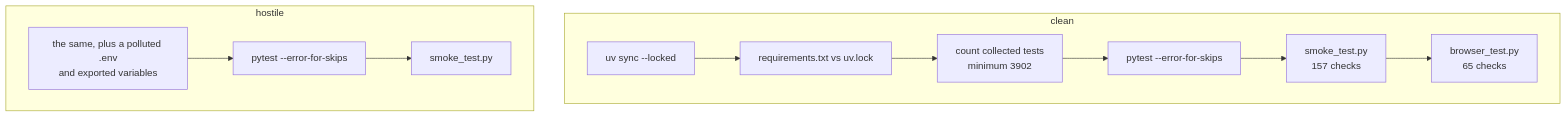
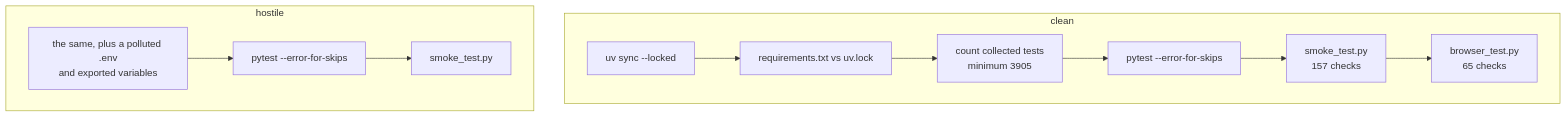
One commit to IAMN1/link-shortener changed the diagram in docs/testing.md. Above: the diagram before and after it, drawn with Mermaid. The commit also changed other lines of this file and 7 other files, not shown here.

````diff
--- a/docs/testing.md
+++ b/docs/testing.md
@@ -409,12 +409,12 @@
 ```mermaid
 flowchart TD
     subgraph clean["clean"]
         C1[uv sync --locked] --> C2[requirements.txt vs uv.lock]
-        C2 --> C3[count collected tests<br/>minimum 3902] --> C4[pytest --error-for-skips]
+        C2 --> C3[count collected tests<br/>minimum 3905] --> C4[pytest --error-for-skips]
         C4 --> C5[smoke_test.py<br/>157 checks] --> C6[browser_test.py<br/>65 checks]
     end
     subgraph hostile["hostile"]
         H1[the same, plus a polluted .env<br/>and exported variables] --> H2[pytest --error-for-skips]
         H2 --> H3[smoke_test.py]
     end
 ```
````
